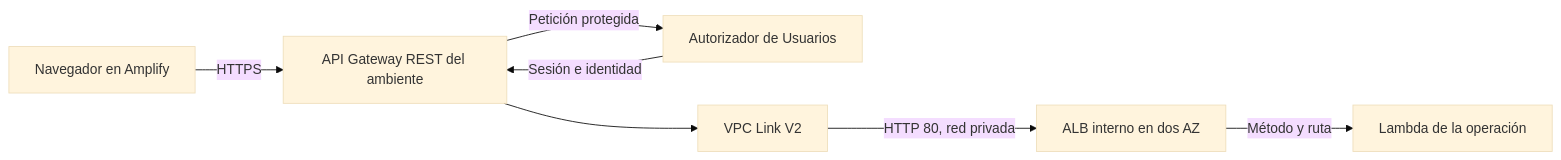
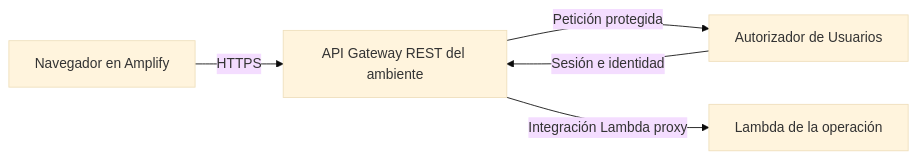
Before and after one commit to rvcuba-utec/cloud-project-v2: the diagram in docs/AMBIENTES_DEV_TEST_PROD.md, drawn with Mermaid (base theme). The commit also changed other lines of this file and 6 other files, not shown here.

First line of the commit message:
docs: describe la arquitectura de un API Gateway por ambiente sin ALB

````diff
--- a/docs/AMBIENTES_DEV_TEST_PROD.md
+++ b/docs/AMBIENTES_DEV_TEST_PROD.md
@@ -36,9 +35,7 @@
 ```mermaid
 flowchart LR
     Web[Navegador en Amplify] -->|HTTPS| API[API Gateway REST del ambiente]
     API -->|Petición protegida| Auth[Autorizador de Usuarios]
     Auth -->|Sesión e identidad| API
-    API --> Link[VPC Link V2]
-    Link -->|HTTP 80, red privada| ALB[ALB interno en dos AZ]
-    ALB -->|Método y ruta| Lambda[Lambda de la operación]
+    API -->|Integración Lambda proxy| Lambda[Lambda de la operación]
 ```
````
